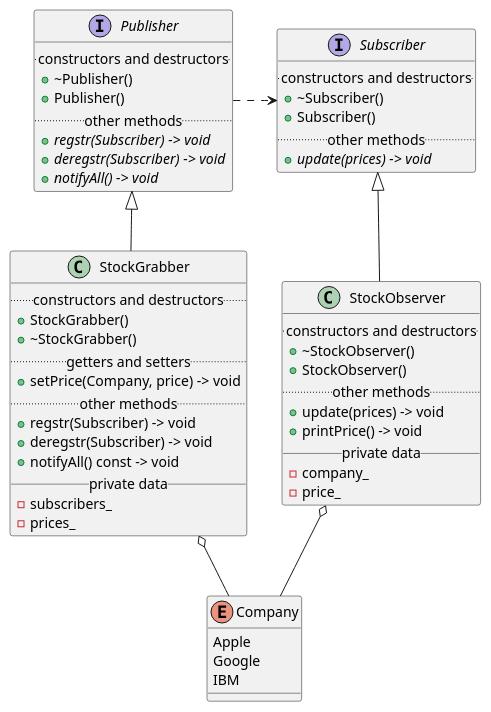
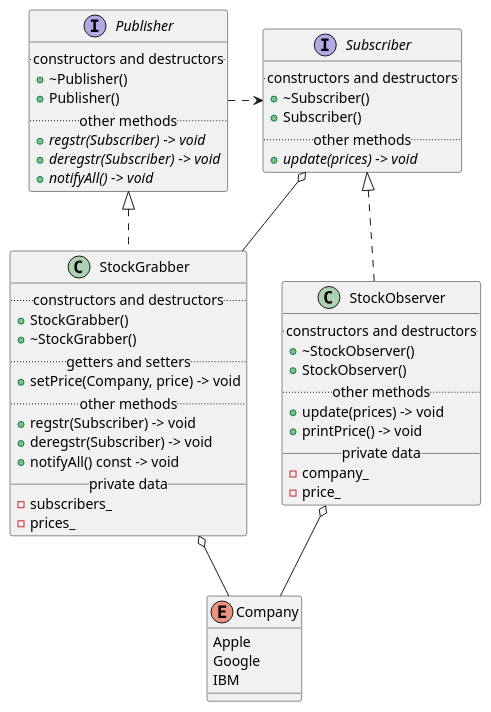
One commit to JurajX/Notes changed the diagram in DesignPatterns/Observer/impl.puml. Above: the diagram before and after it, drawn with PlantUML. The commit also changed 7 other files, not shown here.

```diff
--- a/DesignPatterns/Observer/impl.puml
+++ b/DesignPatterns/Observer/impl.puml
@@ -1,66 +1,67 @@
 @startuml
 
 enum Company {
     Apple
     Google
     IBM
 }
 
 interface Subscriber
 {
     .. constructors and destructors ..
     + ~Subscriber()
     + Subscriber()
     .. other methods ..
     + {abstract} update(prices) -> void
 }
 
 class StockObserver
 {
     .. constructors and destructors ..
     + ~StockObserver()
     + StockObserver()
     .. other methods ..
     + update(prices) -> void
     + printPrice() -> void
     __ private data __
     - company_
     - price_
 }
 
-Subscriber <|-- StockObserver
+Subscriber <|.. StockObserver
 StockObserver o-- Company
 
 interface Publisher
 {
     .. constructors and destructors ..
     + ~Publisher()
     + Publisher()
     .. other methods ..
     + {abstract} regstr(Subscriber) -> void
     + {abstract} deregstr(Subscriber) -> void
     + {abstract} notifyAll() -> void
 }
 
 class StockGrabber
 {
     .. constructors and destructors ..
     + StockGrabber()
     + ~StockGrabber()
     .. getters and setters ..
     + setPrice(Company, price) -> void
     .. other methods ..
     + regstr(Subscriber) -> void
     + deregstr(Subscriber) -> void
     + notifyAll() const -> void
     __ private data __
     - subscribers_
     - prices_
 }
 
 StockGrabber o-- Company
+Subscriber o-- StockGrabber
 
-Publisher <|-- StockGrabber
+Publisher <|.. StockGrabber
 Publisher .> Subscriber
 
 @enduml
```
